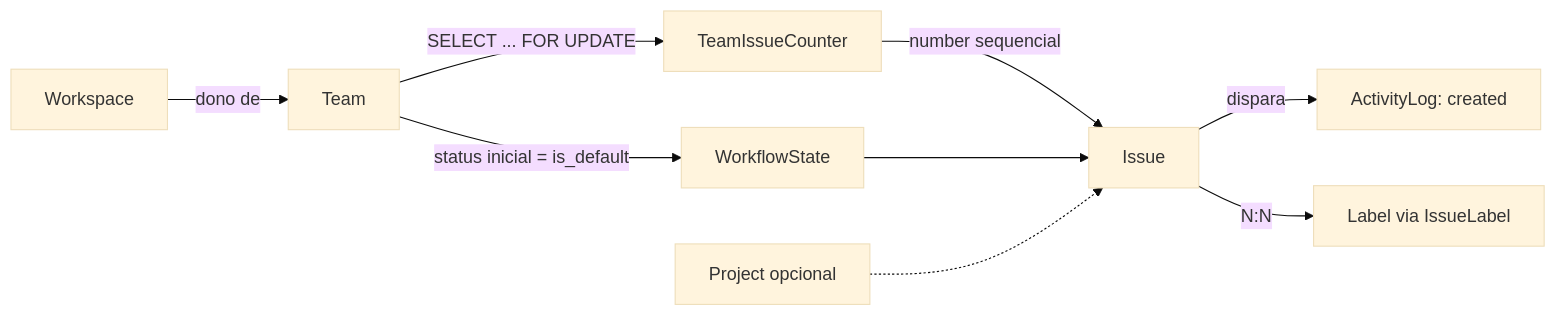
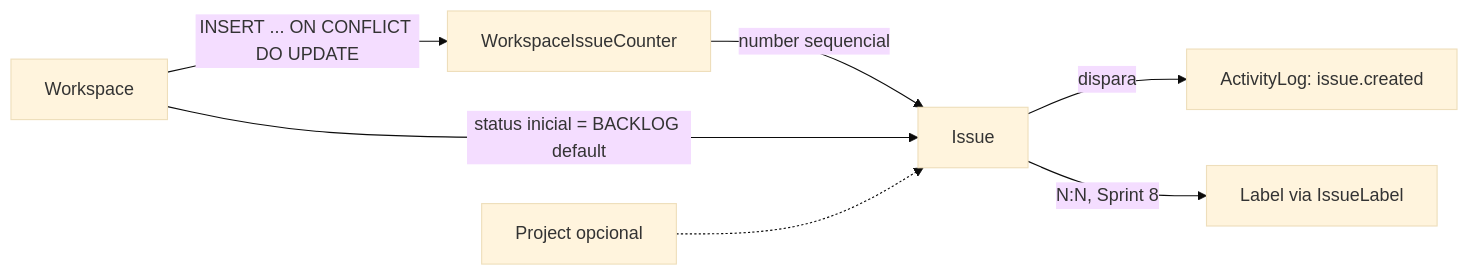
One commit to eduardoaholmer/flowdesk changed the second of 2 diagrams in docs/03-database.md. Above: the diagram before and after it, drawn with Mermaid (base theme). The commit also changed other lines of this file and 182 other files, not shown here.

````diff
--- a/docs/03-database.md
+++ b/docs/03-database.md
@@ -318,11 +367,9 @@
 ```mermaid
 flowchart LR
-    A[Workspace] -->|dono de| B[Team]
-    B -->|SELECT ... FOR UPDATE| C[TeamIssueCounter]
+    A[Workspace] -->|INSERT ... ON CONFLICT DO UPDATE| C[WorkspaceIssueCounter]
     C -->|number sequencial| D[Issue]
-    B -->|status inicial = is_default| E[WorkflowState]
-    E --> D
+    A -->|status inicial = BACKLOG default| D
     F[Project opcional] -.-> D
-    D -->|dispara| G[ActivityLog: created]
-    D -->|N:N| H[Label via IssueLabel]
+    D -->|dispara| G["ActivityLog: issue.created"]
+    D -->|N:N, Sprint 8| H[Label via IssueLabel]
 ```
````
